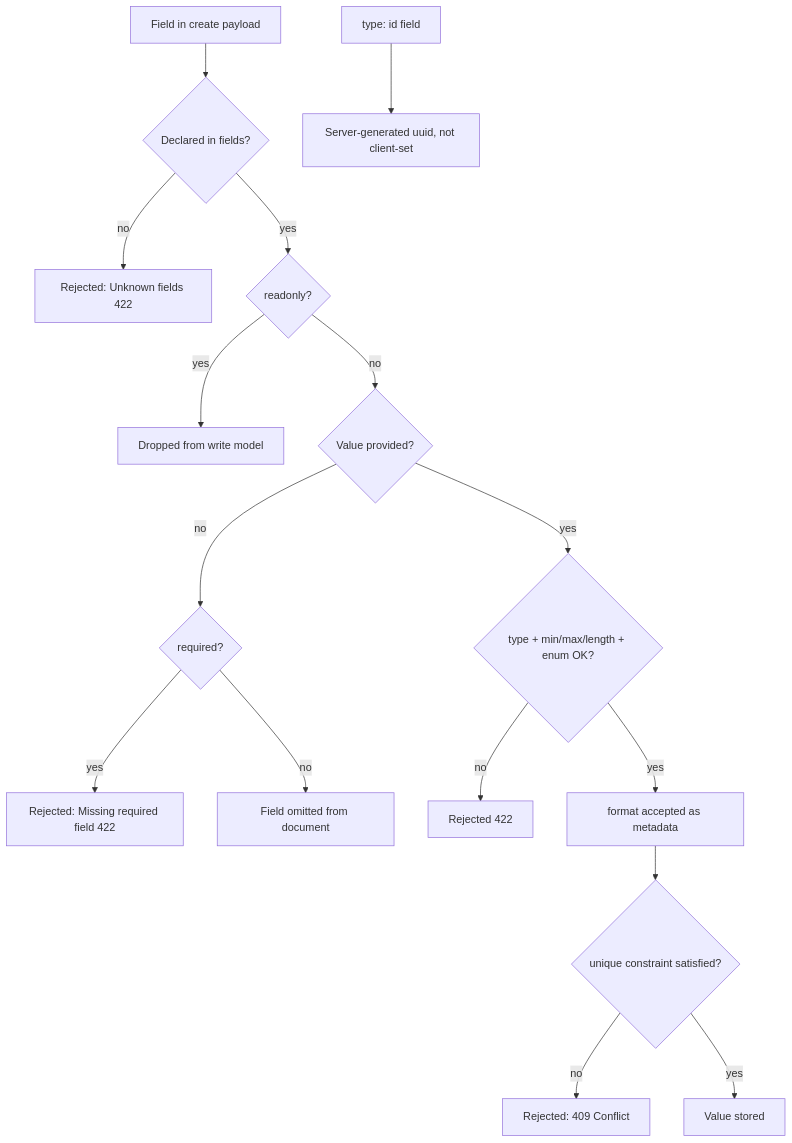
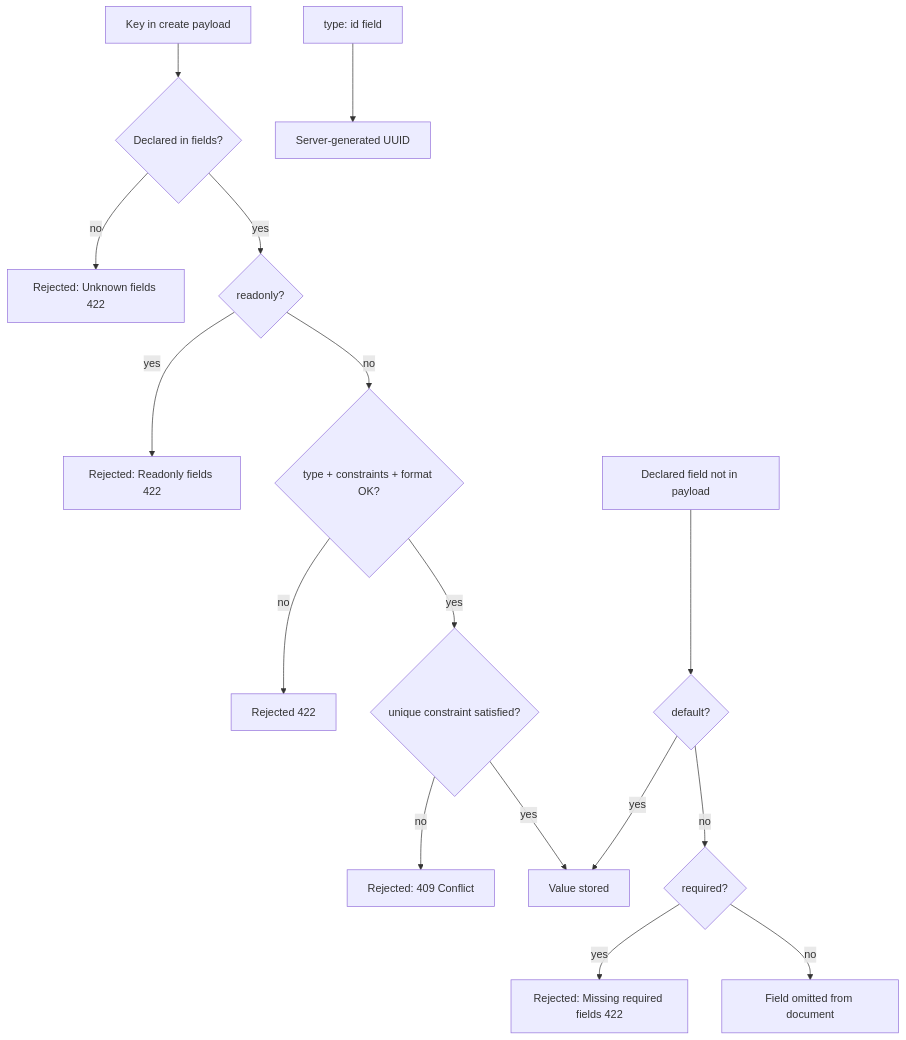
Before and after one commit to sebastiaoteixeira/stackform: the diagram in docs/v0.2/Reference/entities/field-types.md, drawn with Mermaid. The commit also changed other lines of this file and 62 other files, not shown here.

````diff
--- a/docs/v0.2/Reference/entities/field-types.md
+++ b/docs/v0.2/Reference/entities/field-types.md
@@ -245,18 +262,18 @@
 ```mermaid
 flowchart TD
-    A[Field in create payload] --> B{Declared in fields?}
+    A[Key in create payload] --> B{Declared in fields?}
     B -- no --> R1[Rejected: Unknown fields 422]
     B -- yes --> C{readonly?}
-    C -- yes --> D[Dropped from write model]
-    C -- no --> E{Value provided?}
-    E -- no --> F{required?}
-    F -- yes --> R2[Rejected: Missing required field 422]
-    F -- no --> G[Field omitted from document]
-    E -- yes --> H{type + min/max/length + enum OK?}
+    C -- yes --> R5[Rejected: Readonly fields 422]
+    C -- no --> H{type + constraints + format OK?}
     H -- no --> R3[Rejected 422]
-    H -- yes --> I[format accepted as metadata]
-    I --> J{unique constraint satisfied?}
+    H -- yes --> J{unique constraint satisfied?}
     J -- no --> R4[Rejected: 409 Conflict]
     J -- yes --> K[Value stored]
-    G2[type: id field] --> L[Server-generated uuid, not client-set]
+    M[Declared field not in payload] --> N{default?}
+    N -- yes --> K
+    N -- no --> F{required?}
+    F -- yes --> R2[Rejected: Missing required fields 422]
+    F -- no --> G[Field omitted from document]
+    G2[type: id field] --> L[Server-generated UUID]
 ```
````
